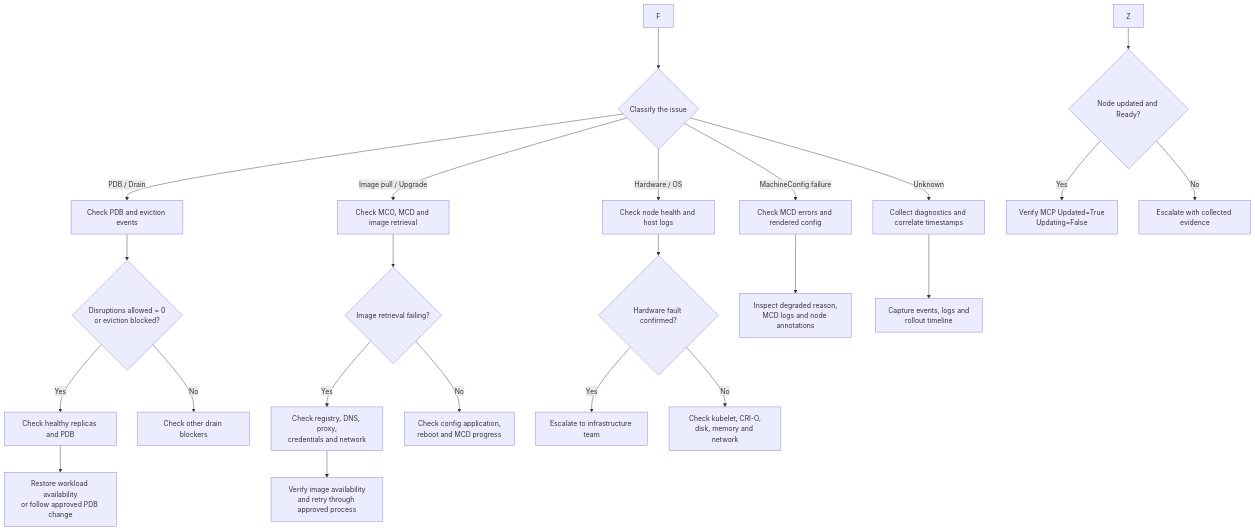
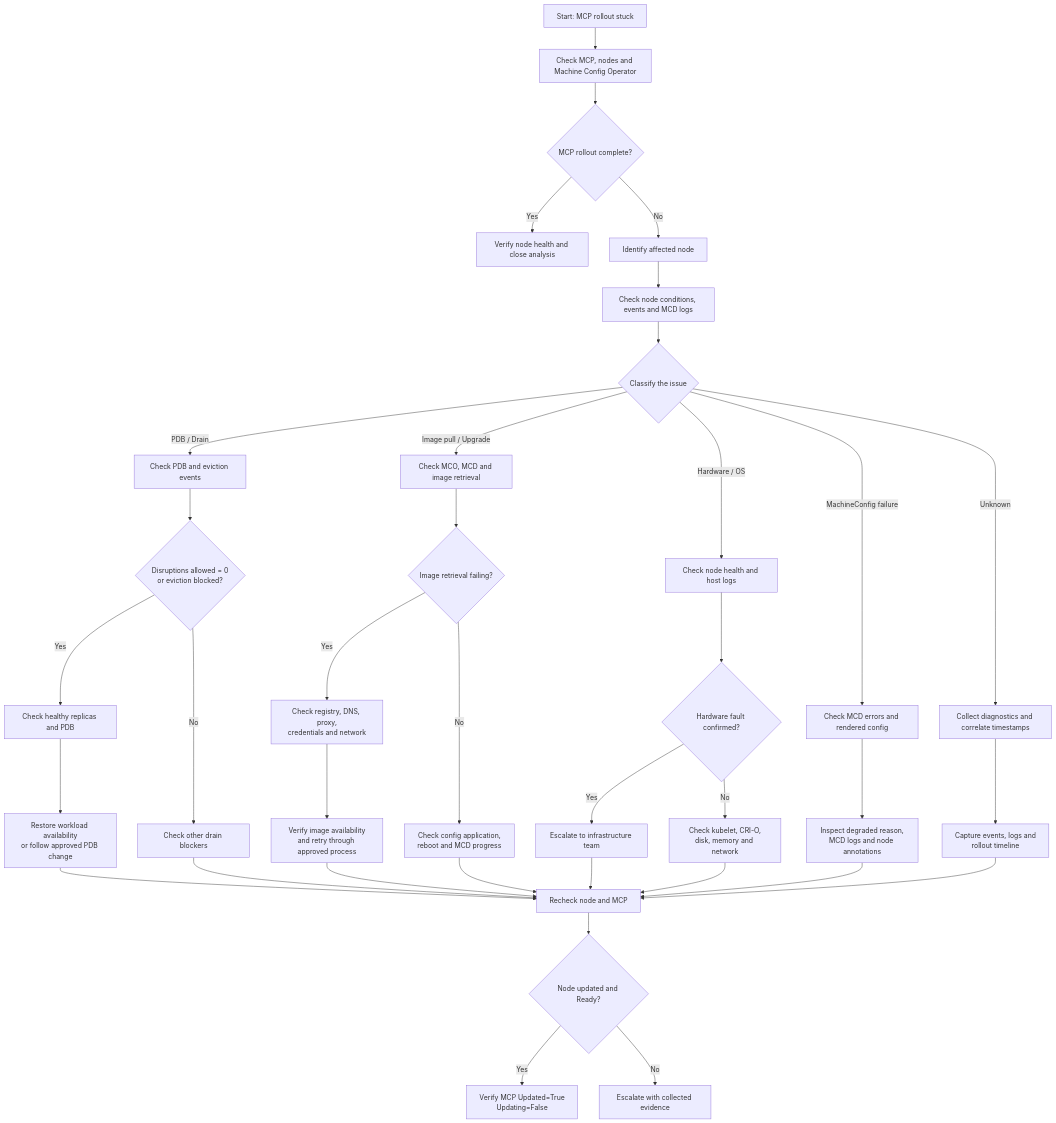
One commit to vineetsunny/SystemMemoryExceedsReservation changed the diagram in digram.md. Above: the diagram before and after it, drawn with Mermaid.

Commit message:
Update digram.md with additional flowchart steps

````diff
--- a/digram.md
+++ b/digram.md
@@ -1,32 +1,49 @@
 ```mermaid
+
 flowchart TD
+    A["Start: MCP rollout stuck"] --> B["Check MCP, nodes and Machine Config Operator"]
+    B --> C{"MCP rollout complete?"}
+
+    C -->|Yes| D["Verify node health and close analysis"]
+    C -->|No| E["Identify affected node"]
+    E --> F["Check node conditions, events and MCD logs"]
     F --> G{"Classify the issue"}
 
     G -->|PDB / Drain| H["Check PDB and eviction events"]
     G -->|Image pull / Upgrade| I["Check MCO, MCD and image retrieval"]
     G -->|Hardware / OS| J["Check node health and host logs"]
     G -->|MachineConfig failure| K["Check MCD errors and rendered config"]
     G -->|Unknown| L["Collect diagnostics and correlate timestamps"]
 
     H --> M{"Disruptions allowed = 0<br/>or eviction blocked?"}
     M -->|Yes| N["Check healthy replicas and PDB"]
     N --> O["Restore workload availability<br/>or follow approved PDB change"]
     M -->|No| P["Check other drain blockers"]
 
     I --> Q{"Image retrieval failing?"}
     Q -->|Yes| R["Check registry, DNS, proxy,<br/>credentials and network"]
     R --> S["Verify image availability<br/>and retry through approved process"]
     Q -->|No| T["Check config application,<br/>reboot and MCD progress"]
 
     J --> U{"Hardware fault confirmed?"}
     U -->|Yes| V["Escalate to infrastructure team"]
     U -->|No| W["Check kubelet, CRI-O,<br/>disk, memory and network"]
 
     K --> X["Inspect degraded reason,<br/>MCD logs and node annotations"]
     L --> Y["Capture events, logs and<br/>rollout timeline"]
 
+    O --> Z["Recheck node and MCP"]
+    P --> Z
+    S --> Z
+    T --> Z
+    V --> Z
+    W --> Z
+    X --> Z
+    Y --> Z
 
     Z --> AA{"Node updated and Ready?"}
     AA -->|Yes| AB["Verify MCP Updated=True<br/>Updating=False"]
     AA -->|No| AC["Escalate with collected evidence"]
+
+
 ```
````
